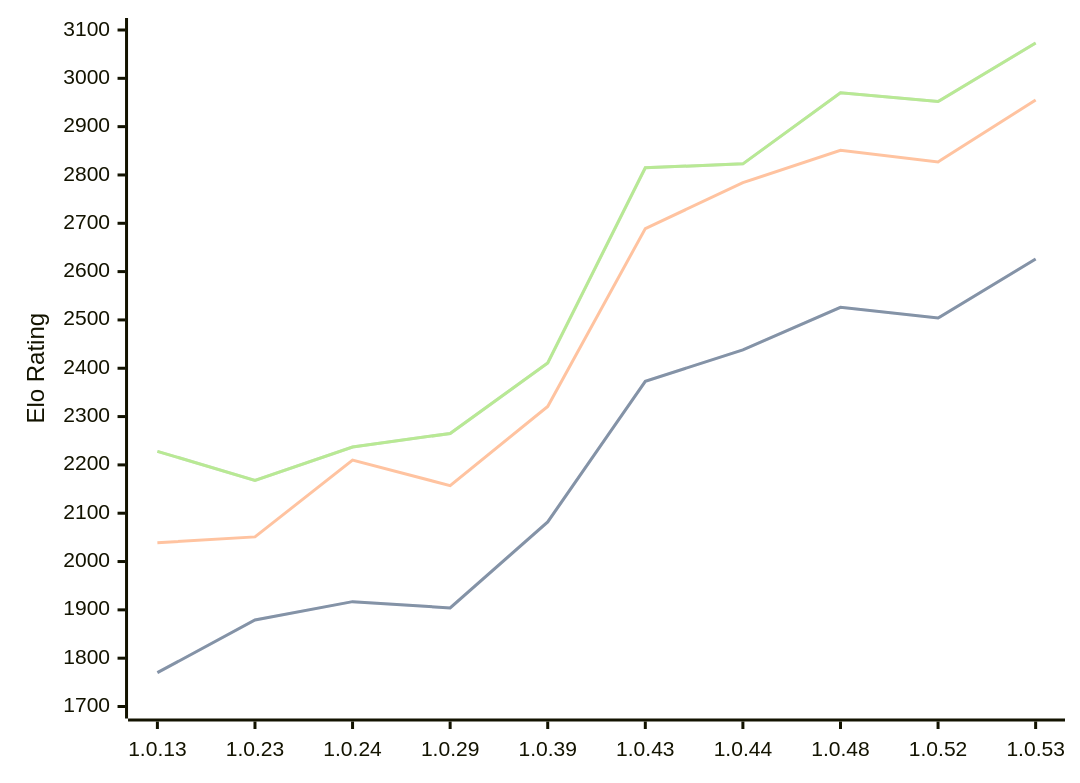
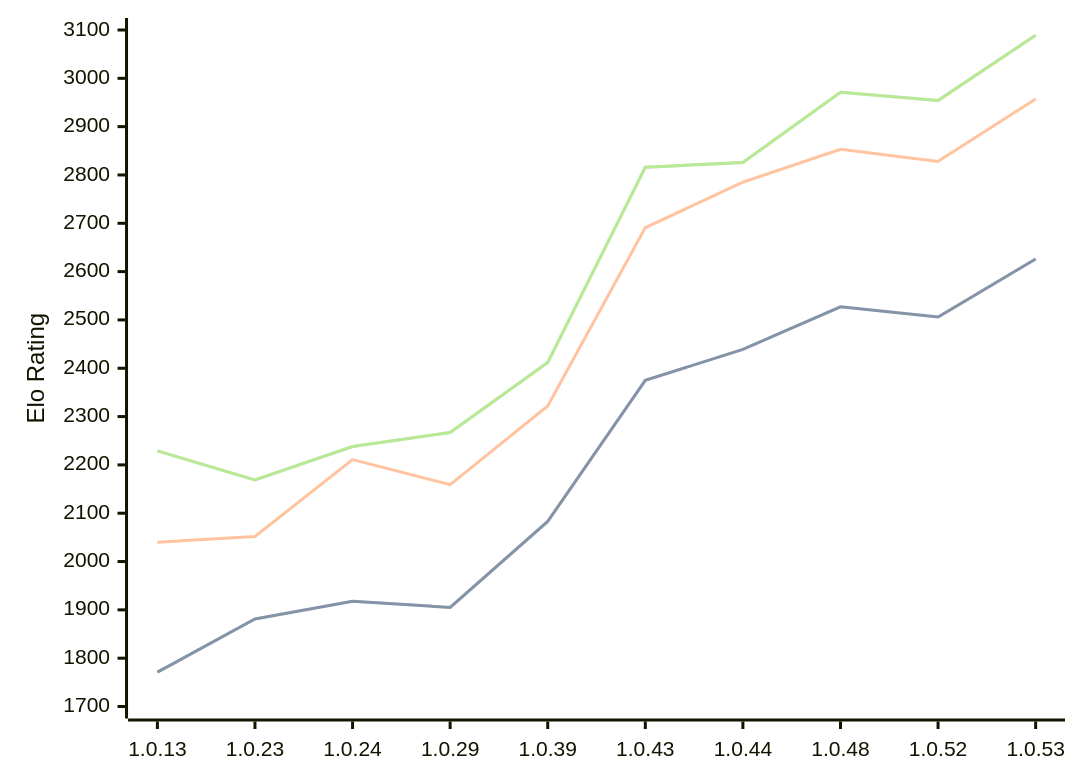
Before and after one commit to computer-chess-index/cci: the diagram in engines/RustyRival.md, drawn with Mermaid. The commit also changed other lines of this file, not shown here.

Commit message:
Update CCI Ratings (ELO VLTC) - 2026-08-26

````diff
--- a/engines/RustyRival.md
+++ b/engines/RustyRival.md
@@ -54,11 +54,11 @@
 ```mermaid
 %%{init: {"theme":"base","themeVariables":{"seriesColors:['#a3a3a3','#222221','#faa371']}}}%%
 xychart-beta
   x-axis ["1.0.13", "1.0.23", "1.0.24", "1.0.29", "1.0.39", "1.0.43", "1.0.44", "1.0.48", "1.0.52", "1.0.53"]
   y-axis "Elo Rating" 1700 --> 3100
-  line "STC (8.0+0.08s)" [1770, 1879, 1917, 1904, 2082, 2373, 2438, 2526, 2504, 2626]
-  line "STC (8.0+0.08s)" [1770, 1879, 1917, 1904, 2082, 2373, 2438, 2526, 2504, 2626]
-  line "LTC (60.0+0.60s)" [2039, 2051, 2210, 2157, 2321, 2689, 2784, 2851, 2827, 2955]
-  line "VLTC (2m24s+1.12s)" [2228, 2168, 2237, 2265, 2411, 2815, 2823, 2970, 2952, 3073]
-  line "VLTC (2m24s+1.12s)" [2228, 2168, 2237, 2265, 2411, 2815, 2823, 2970, 2952, 3073]
+  line "STC (8.0+0.08s)" [1771, 1881, 1918, 1905, 2083, 2375, 2439, 2527, 2506, 2626]
+  line "STC (8.0+0.08s)" [1771, 1881, 1918, 1905, 2083, 2375, 2439, 2527, 2506, 2626]
+  line "LTC (60.0+0.60s)" [2040, 2052, 2211, 2159, 2322, 2691, 2785, 2853, 2828, 2957]
+  line "VLTC (2m24s+1.12s)" [2229, 2169, 2238, 2267, 2412, 2816, 2826, 2971, 2954, 3089]
+  line "VLTC (2m24s+1.12s)" [2229, 2169, 2238, 2267, 2412, 2816, 2826, 2971, 2954, 3089]
 ```
````
